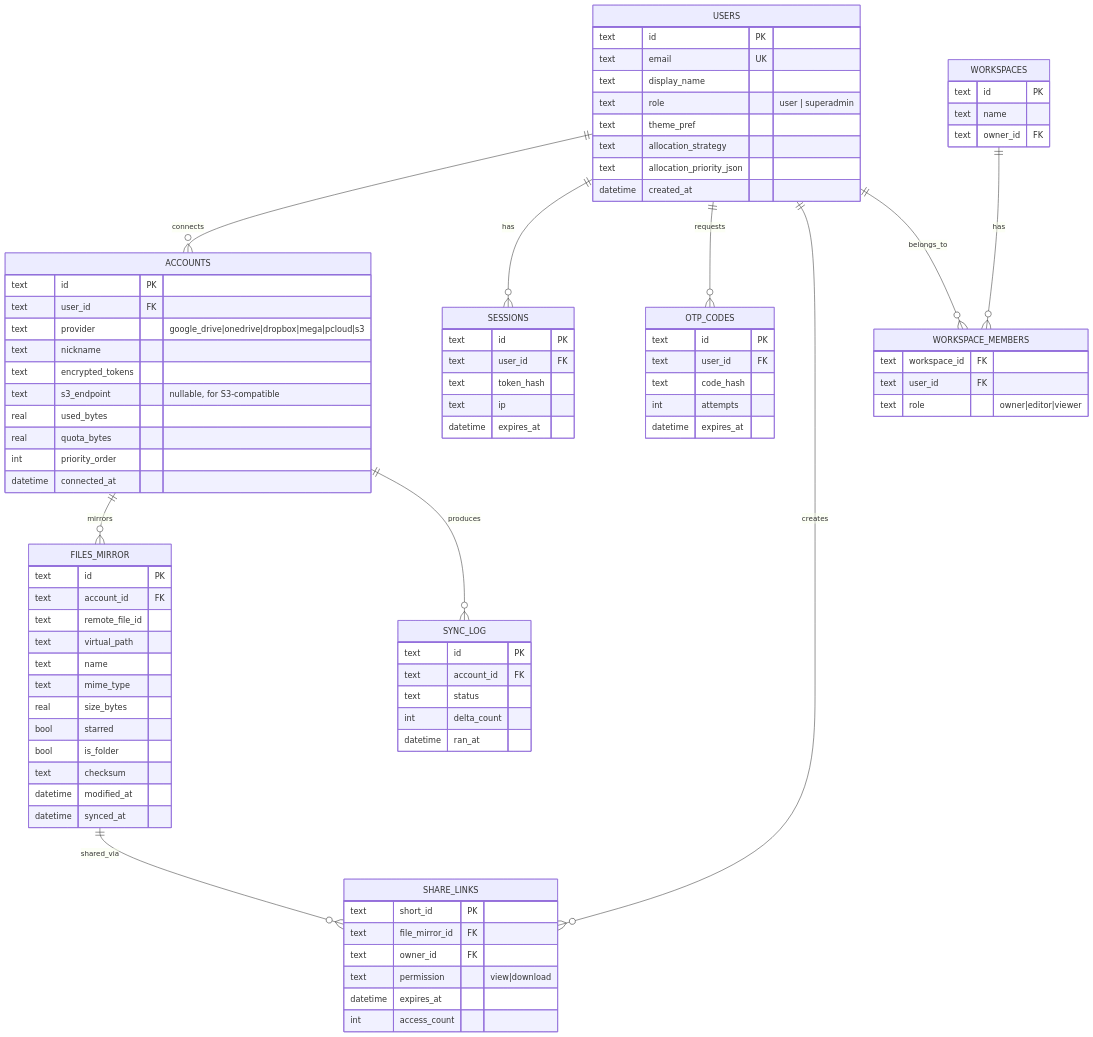
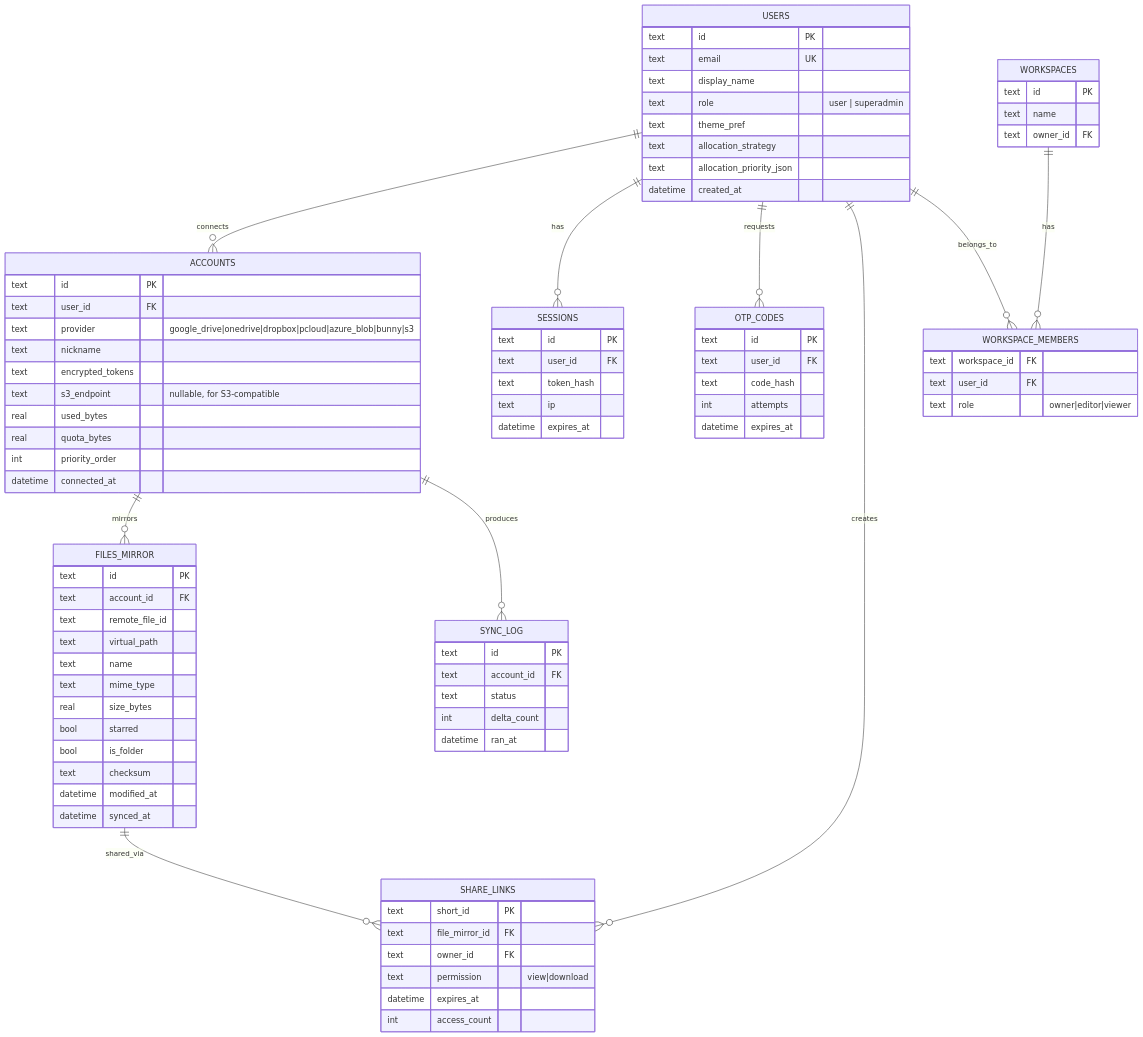
Before and after one commit to harshitsaini-dev/orbit: the second of 4 diagrams in docs/02-architecture.md, drawn with Mermaid. The commit also changed other lines of this file and 4 other files, not shown here.

```diff
--- a/docs/02-architecture.md
+++ b/docs/02-architecture.md
@@ -118,7 +118,7 @@
     ACCOUNTS {
         text id PK
         text user_id FK
-        text provider "google_drive|onedrive|dropbox|mega|pcloud|s3"
+        text provider "google_drive|onedrive|dropbox|pcloud|azure_blob|bunny|s3"
         text nickname
         text encrypted_tokens
         text s3_endpoint "nullable, for S3-compatible"
```
